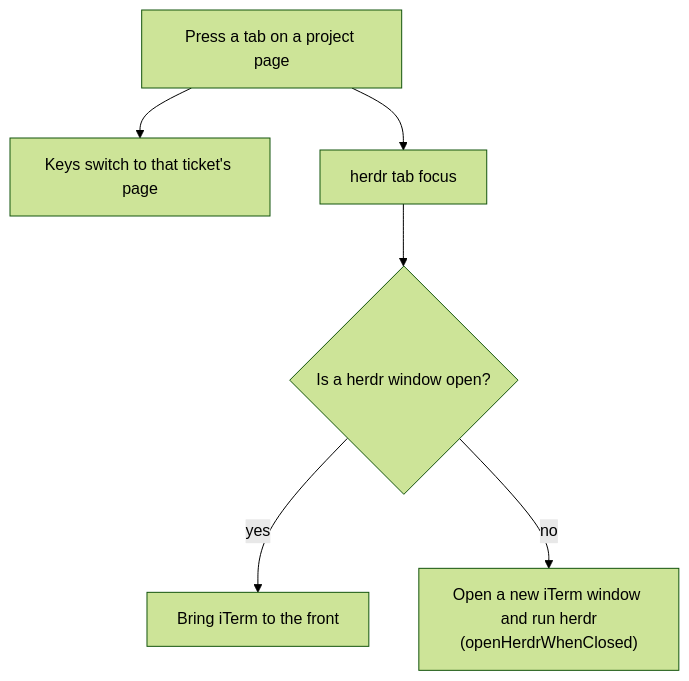
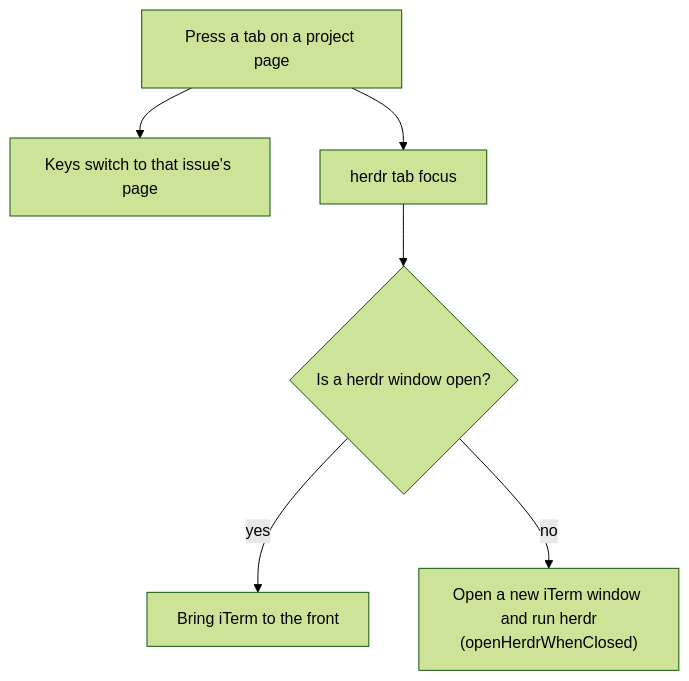
The third of 7 diagrams in docs/flows.md (PieterLuypaert/helm), drawn with Mermaid (forest theme) before and after one commit. The commit also changed other lines of this file and 14 other files, not shown here.

````diff
--- a/docs/flows.md
+++ b/docs/flows.md
@@ -68,8 +68,8 @@
 ```mermaid
 flowchart TD
-    press["Press a tab on a project page"] --> keys["Keys switch to that ticket's page"]
+    press["Press a tab on a project page"] --> keys["Keys switch to that issue's page"]
     press --> focus["herdr tab focus"]
     focus --> window{"Is a herdr window open?"}
     window -->|yes| front["Bring iTerm to the front"]
     window -->|no| open["Open a new iTerm window and run herdr<br/>(openHerdrWhenClosed)"]
 ```
````
